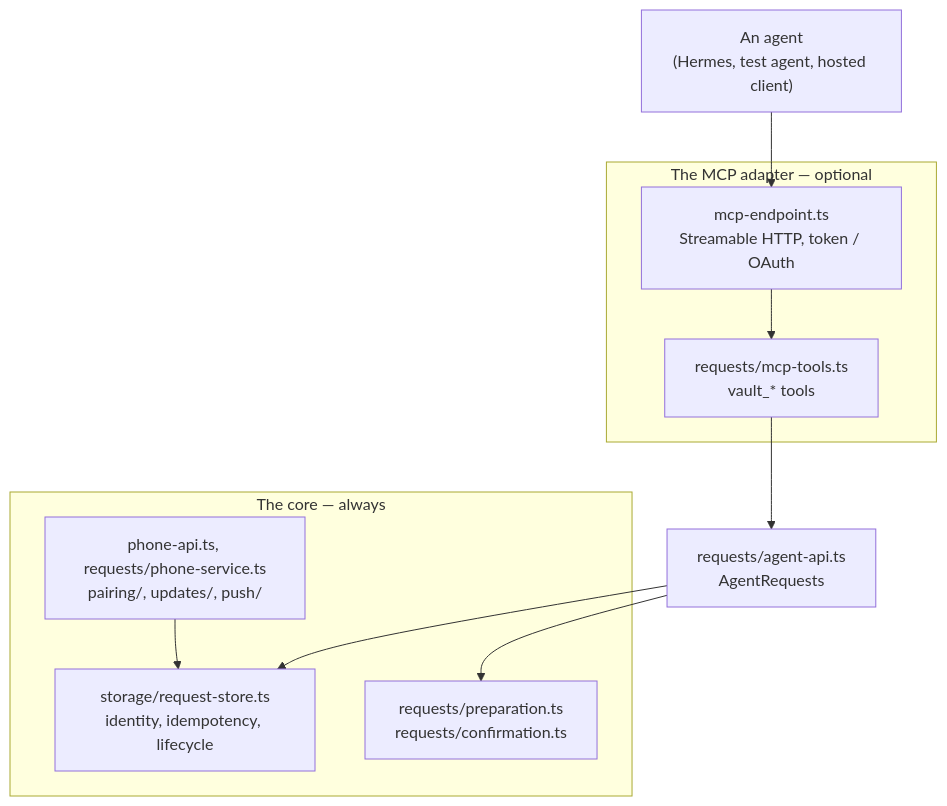
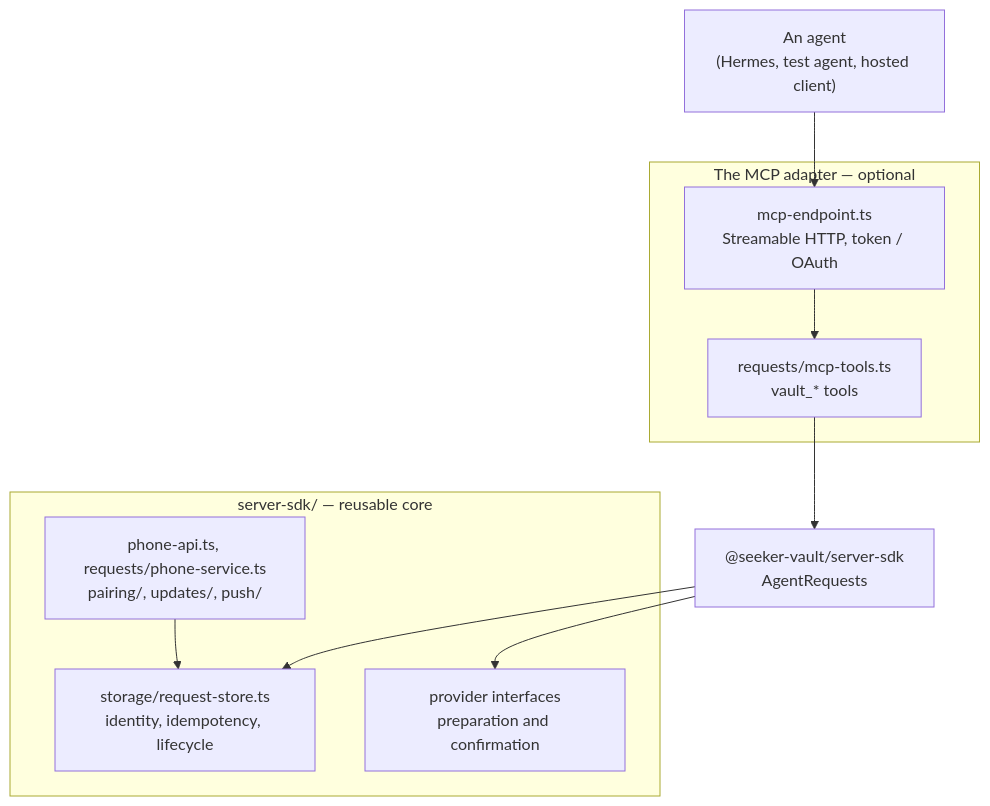
Before and after one commit to SeekerAgentConnect/sac: the diagram in docs/wiki/mcp-adapter.md, drawn with Mermaid. The commit also changed other lines of this file and 149 other files, not shown here.

Commit message:
feat: extract direct server SDK

````diff
--- a/docs/wiki/mcp-adapter.md
+++ b/docs/wiki/mcp-adapter.md
@@ -27,17 +27,17 @@
 ```mermaid
 flowchart TB
     Agent["An agent<br>(Hermes, test agent, hosted client)"]
     subgraph adapter["The MCP adapter — optional"]
         Endpoint["mcp-endpoint.ts<br>Streamable HTTP, token / OAuth"]
         Tools["requests/mcp-tools.ts<br>vault_* tools"]
     end
-    Boundary["requests/agent-api.ts<br>AgentRequests"]
-    subgraph core["The core — always"]
+    Boundary["@seeker-vault/server-sdk<br>AgentRequests"]
+    subgraph core["server-sdk/ — reusable core"]
         Store["storage/request-store.ts<br>identity, idempotency, lifecycle"]
         Phone["phone-api.ts, requests/phone-service.ts<br>pairing/, updates/, push/"]
-        Chain["requests/preparation.ts<br>requests/confirmation.ts"]
+        Chain["provider interfaces<br>preparation and confirmation"]
     end
     Agent --> Endpoint --> Tools --> Boundary --> Store
     Boundary --> Chain
     Phone --> Store
 ```
````
